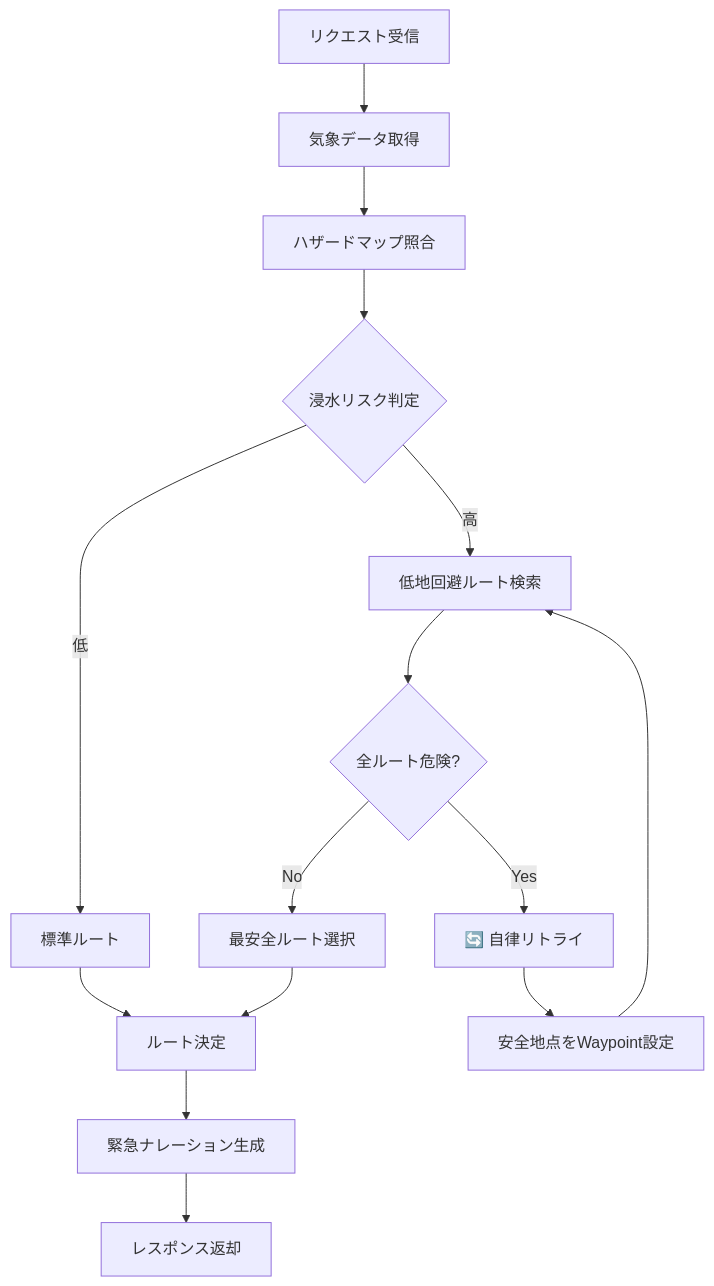
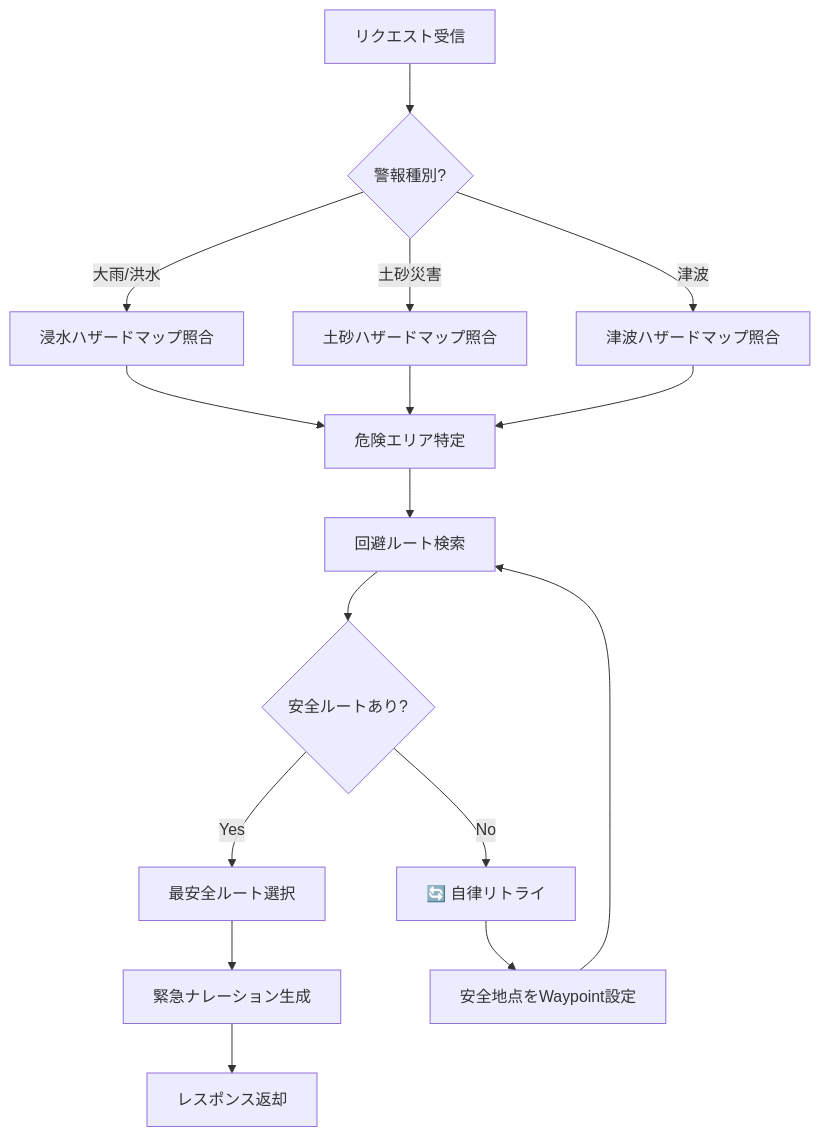
Before and after one commit to Ryg-appdev/safe-routing-ai-navigation: the third of 3 diagrams in Docs/確定/04_基本設計書.md, drawn with Mermaid. The commit also changed other lines of this file and 6 other files, not shown here.

````diff
--- a/Docs/確定/04_基本設計書.md
+++ b/Docs/確定/04_基本設計書.md
@@ -105,17 +103,20 @@
 ```mermaid
 flowchart TD
-    A[リクエスト受信] --> B[気象データ取得]
-    B --> C[ハザードマップ照合]
-    C --> D{浸水リスク判定}
-    D -->|低| E[標準ルート]
-    D -->|高| F[低地回避ルート検索]
-    F --> G{全ルート危険?}
-    G -->|No| H[最安全ルート選択]
-    G -->|Yes| I[🔄 自律リトライ]
-    I --> J[安全地点をWaypoint設定]
-    J --> F
-    E --> K[ルート決定]
-    H --> K
-    K --> L[緊急ナレーション生成]
-    L --> M[レスポンス返却]
+    A["リクエスト受信"] --> B{"警報種別?"}
+    B -->|大雨/洪水| C["浸水ハザードマップ照合"]
+    B -->|土砂災害| D["土砂ハザードマップ照合"]
+    B -->|津波| E["津波ハザードマップ照合"]
+    
+    C --> F["危険エリア特定"]
+    D --> F
+    E --> F
+    
+    F --> G["回避ルート検索"]
+    G --> H{"安全ルートあり?"}
+    H -->|Yes| I["最安全ルート選択"]
+    H -->|No| J["🔄 自律リトライ"]
+    J --> K["安全地点をWaypoint設定"]
+    K --> G
+    I --> L["緊急ナレーション生成"]
+    L --> M["レスポンス返却"]
 ```
````
